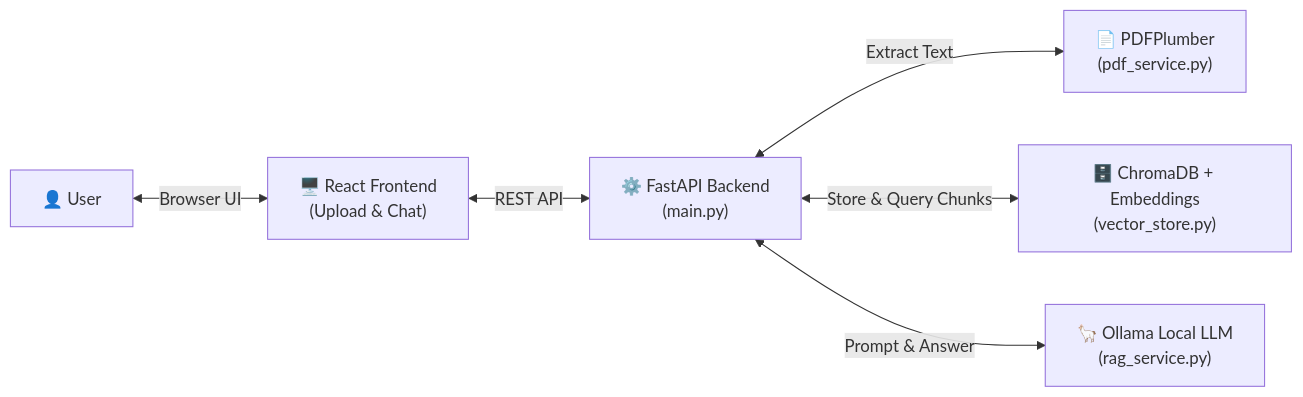
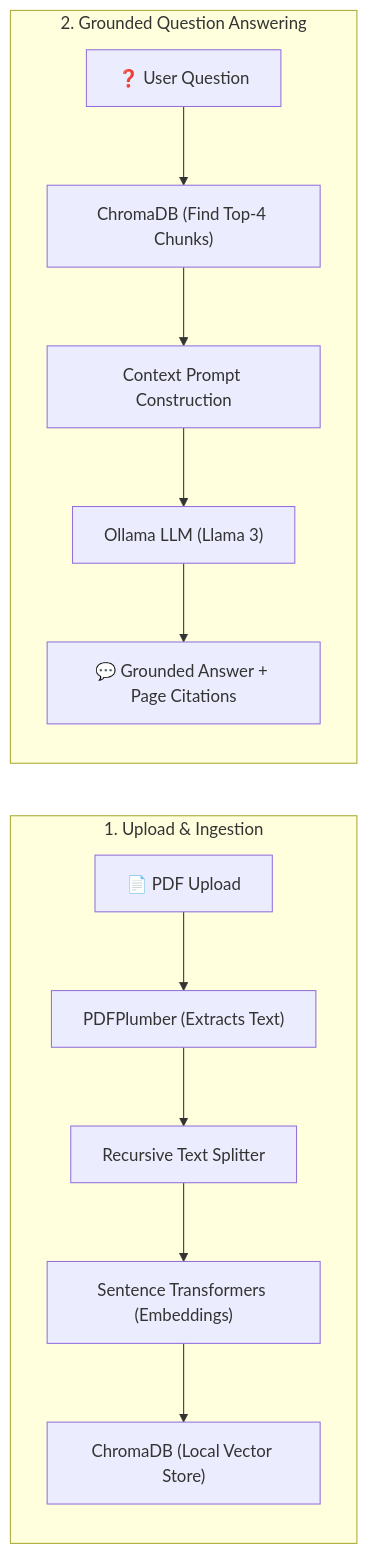
Before and after one commit to ritika-826/pdf__parser: the diagram in README.md, drawn with Mermaid. The commit also changed other lines of this file and 21 other files, not shown here.

Commit message:
Ultra-simple architecture: Consolidated backend into main.py and frontend into App.jsx

````diff
--- a/README.md
+++ b/README.md
@@ -9,8 +36,16 @@
 ```mermaid
-graph LR
-    User["👤 User"] <-->|"Browser UI"| React["🖥️ React Frontend\n(Upload & Chat)"]
-    React <-->|"REST API"| FastAPI["⚙️ FastAPI Backend\n(main.py)"]
-    FastAPI <-->|"Extract Text"| PDFPlumber["📄 PDFPlumber\n(pdf_service.py)"]
-    FastAPI <-->|"Store & Query Chunks"| Chroma["🗄️ ChromaDB + Embeddings\n(vector_store.py)"]
-    FastAPI <-->|"Prompt & Answer"| Ollama["🦙 Ollama Local LLM\n(rag_service.py)"]
+flowchart LR
+    subgraph INGESTION["1. Upload & Ingestion"]
+        PDF["📄 PDF Upload"] --> PLUMBER["PDFPlumber (Extracts Text)"]
+        PLUMBER --> CHUNKER["Recursive Text Splitter"]
+        CHUNKER --> HF["Sentence Transformers (Embeddings)"]
+        HF --> CHROMA["ChromaDB (Local Vector Store)"]
+    end
+
+    subgraph QUERY["2. Grounded Question Answering"]
+        QUESTION["❓ User Question"] --> SEARCH["ChromaDB (Find Top-4 Chunks)"]
+        SEARCH --> PROMPT["Context Prompt Construction"]
+        PROMPT --> OLLAMA["Ollama LLM (Llama 3)"]
+        OLLAMA --> ANSWER["💬 Grounded Answer + Page Citations"]
+    end
 ```
````
